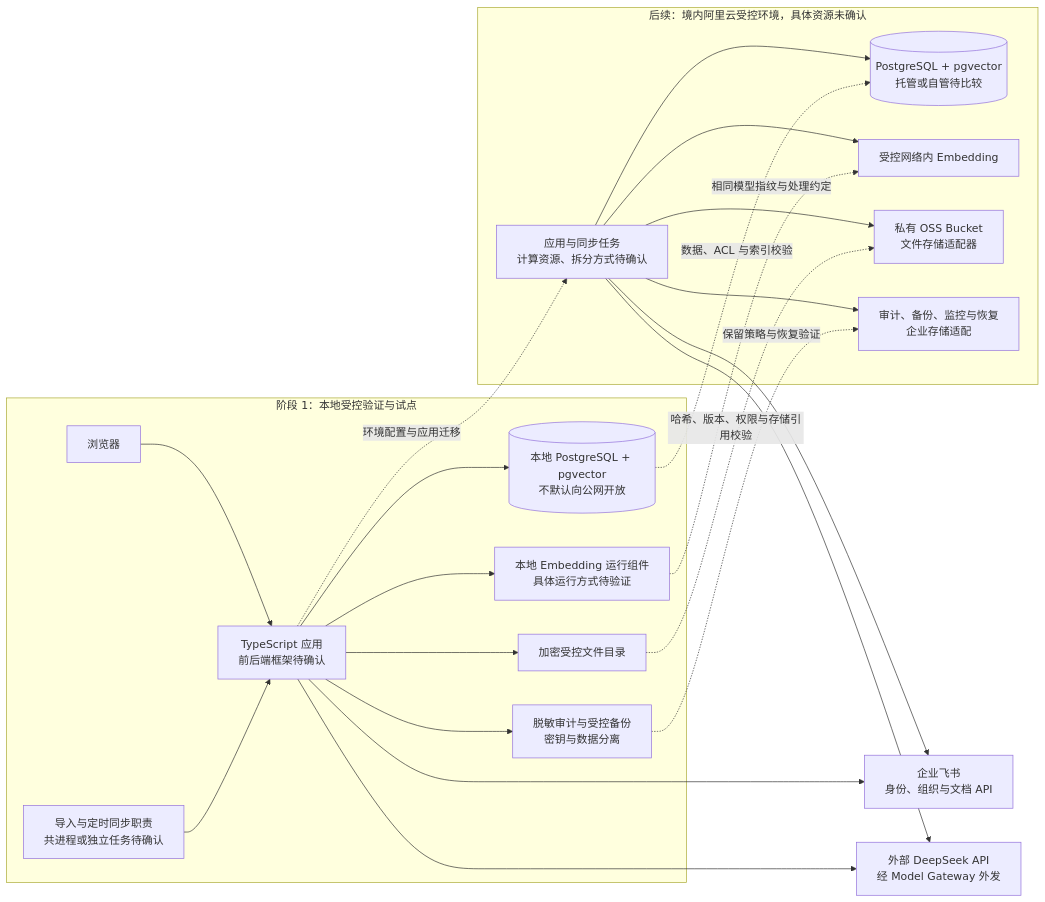
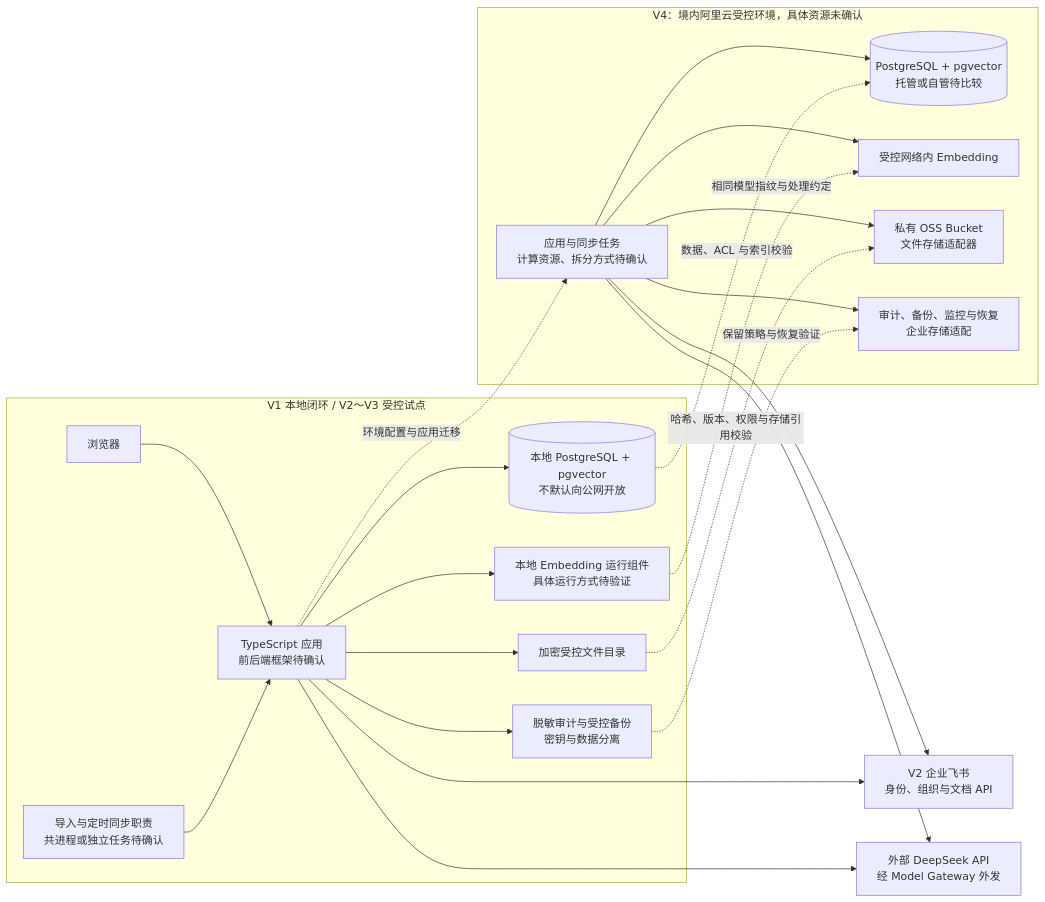
The sixth of 6 diagrams in docs/architecture/project-architecture.md (qihb/Enterprise-Agent-Platform), drawn with Mermaid before and after one commit. The commit also changed other lines of this file and 9 other files, not shown here.

````diff
--- a/docs/architecture/project-architecture.md
+++ b/docs/architecture/project-architecture.md
@@ -226,43 +249,43 @@
 ```mermaid
 flowchart LR
-    subgraph Local["阶段 1：本地受控验证与试点"]
+    subgraph Local["V1 本地闭环 / V2～V3 受控试点"]
         Browser["浏览器"]
         TS["TypeScript 应用<br/>前后端框架待确认"]
         Jobs["导入与定时同步职责<br/>共进程或独立任务待确认"]
         DB[("本地 PostgreSQL + pgvector<br/>不默认向公网开放")]
         EM["本地 Embedding 运行组件<br/>具体运行方式待验证"]
         Disk["加密受控文件目录"]
         Logs["脱敏审计与受控备份<br/>密钥与数据分离"]
         Browser --> TS
         Jobs --> TS
         TS --> DB
         TS --> EM
         TS --> Disk
         TS --> Logs
     end
 
-    FS["企业飞书<br/>身份、组织与文档 API"]
+    FS["V2 企业飞书<br/>身份、组织与文档 API"]
     Model["外部 DeepSeek API<br/>经 Model Gateway 外发"]
     TS --> FS
     TS --> Model
 
-    subgraph Cloud["后续：境内阿里云受控环境，具体资源未确认"]
+    subgraph Cloud["V4：境内阿里云受控环境，具体资源未确认"]
         AppCloud["应用与同步任务<br/>计算资源、拆分方式待确认"]
         PGCloud[("PostgreSQL + pgvector<br/>托管或自管待比较")]
         EmbCloud["受控网络内 Embedding"]
         OSSCloud["私有 OSS Bucket<br/>文件存储适配器"]
         AuditCloud["审计、备份、监控与恢复<br/>企业存储适配"]
         AppCloud --> PGCloud
         AppCloud --> EmbCloud
         AppCloud --> OSSCloud
         AppCloud --> AuditCloud
     end
 
     TS -.->|"环境配置与应用迁移"| AppCloud
     DB -.->|"数据、ACL 与索引校验"| PGCloud
     EM -.->|"相同模型指纹与处理约定"| EmbCloud
     Disk -.->|"哈希、版本、权限与存储引用校验"| OSSCloud
     Logs -.->|"保留策略与恢复验证"| AuditCloud
     AppCloud --> FS
     AppCloud --> Model
 ```
````
